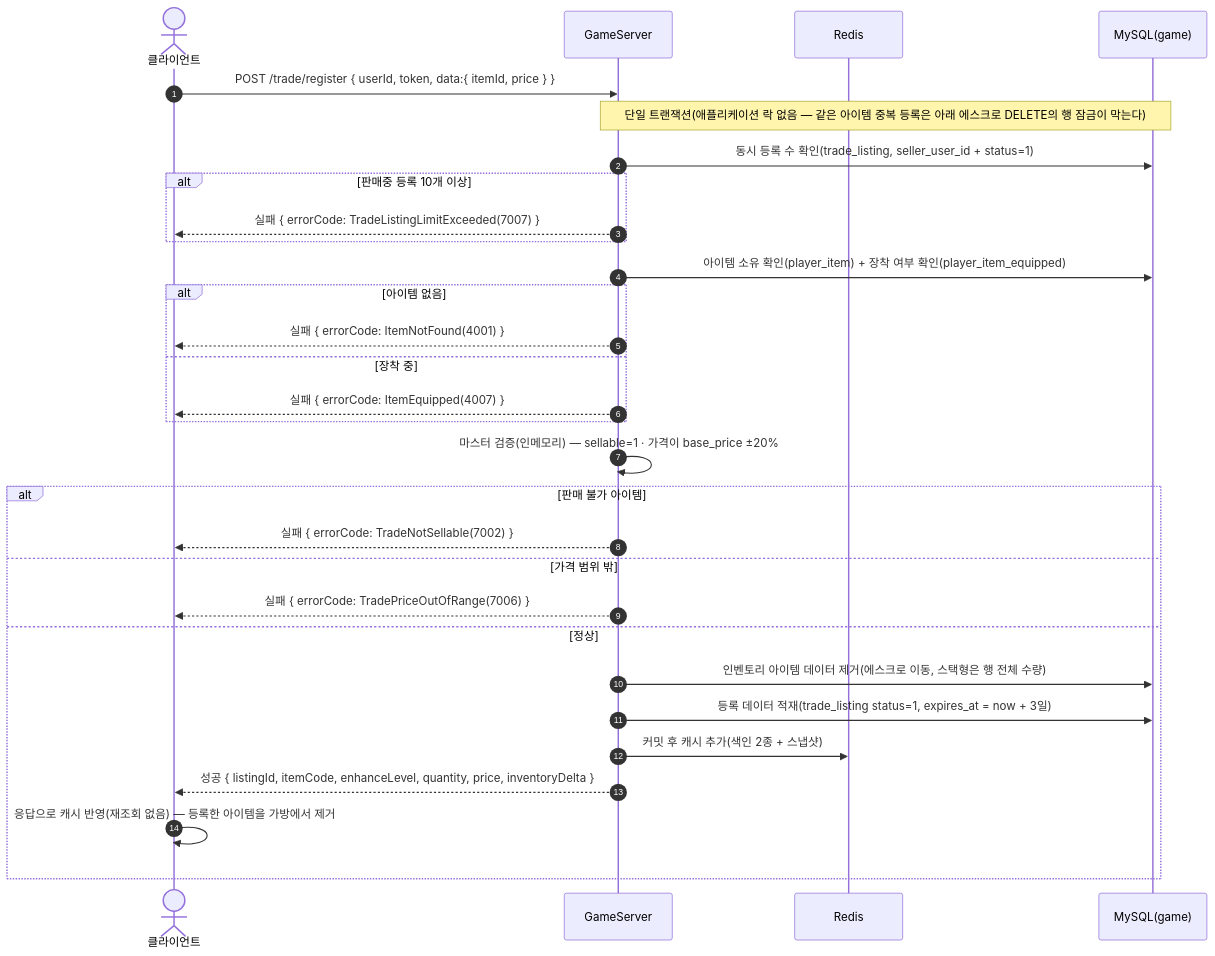
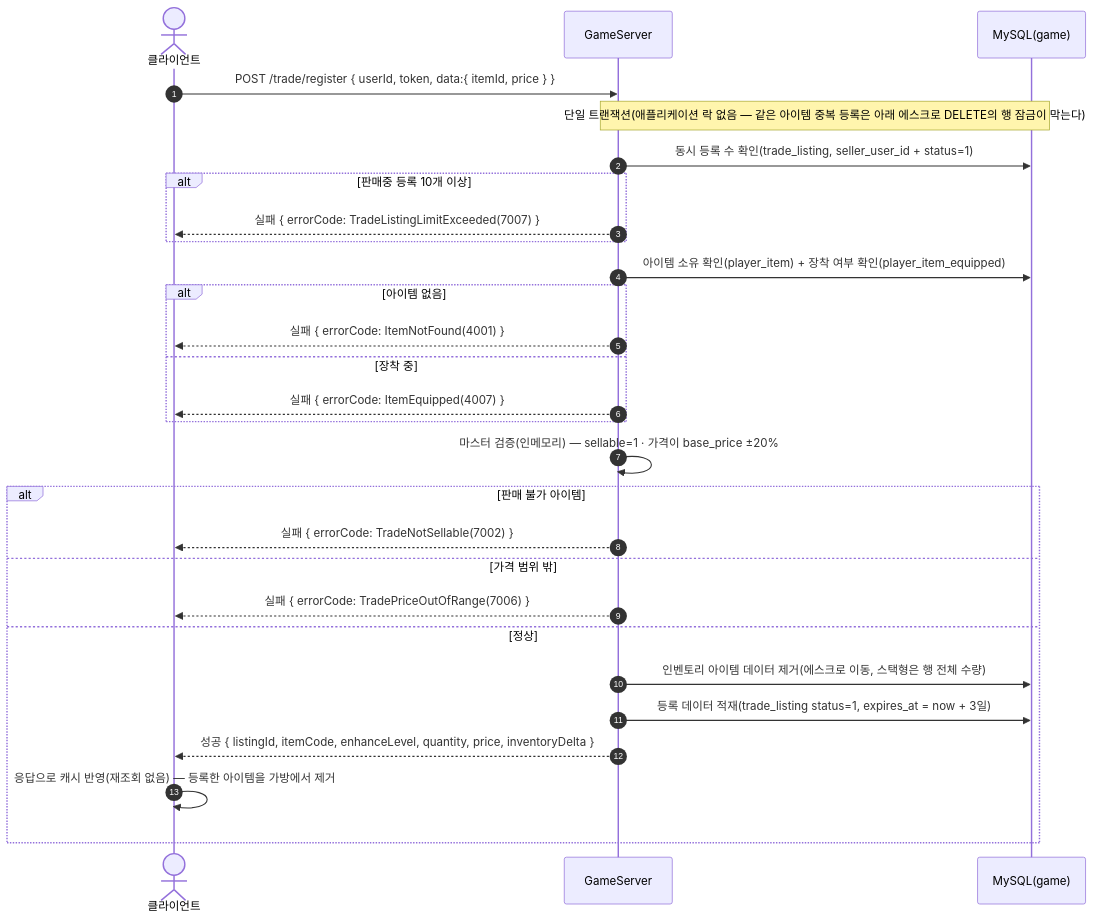
Before and after one commit to ks-wook/com2us-taskbar-hero: diagram 26 of 38 in SequenceDiagram/README.md, drawn with Mermaid. The commit also changed other lines of this file and 9 other files, not shown here.

````diff
--- a/SequenceDiagram/README.md
+++ b/SequenceDiagram/README.md
@@ -810,33 +801,31 @@
 ```mermaid
 sequenceDiagram
     autonumber
     actor C as 클라이언트
     participant S as GameServer
-    participant R as Redis
     participant DB as MySQL(game)
 
     C->>S: POST /trade/register { userId, token, data:{ itemId, price } }
     Note over S,DB: 단일 트랜잭션(애플리케이션 락 없음 — 같은 아이템 중복 등록은 아래 에스크로 DELETE의 행 잠금이 막는다)
     S->>DB: 동시 등록 수 확인(trade_listing, seller_user_id + status=1)
     alt 판매중 등록 10개 이상
         S-->>C: 실패 { errorCode: TradeListingLimitExceeded(7007) }
     end
     S->>DB: 아이템 소유 확인(player_item) + 장착 여부 확인(player_item_equipped)
     alt 아이템 없음
         S-->>C: 실패 { errorCode: ItemNotFound(4001) }
     else 장착 중
         S-->>C: 실패 { errorCode: ItemEquipped(4007) }
     end
     S->>S: 마스터 검증(인메모리) — sellable=1 · 가격이 base_price ±20%
     alt 판매 불가 아이템
         S-->>C: 실패 { errorCode: TradeNotSellable(7002) }
     else 가격 범위 밖
         S-->>C: 실패 { errorCode: TradePriceOutOfRange(7006) }
     else 정상
         S->>DB: 인벤토리 아이템 데이터 제거(에스크로 이동, 스택형은 행 전체 수량)
         S->>DB: 등록 데이터 적재(trade_listing status=1, expires_at = now + 3일)
-        S->>R: 커밋 후 캐시 추가(색인 2종 + 스냅샷)
         S-->>C: 성공 { listingId, itemCode, enhanceLevel, quantity, price, inventoryDelta }
         C->>C: 응답으로 캐시 반영(재조회 없음) — 등록한 아이템을 가방에서 제거
     end
 ```
````
